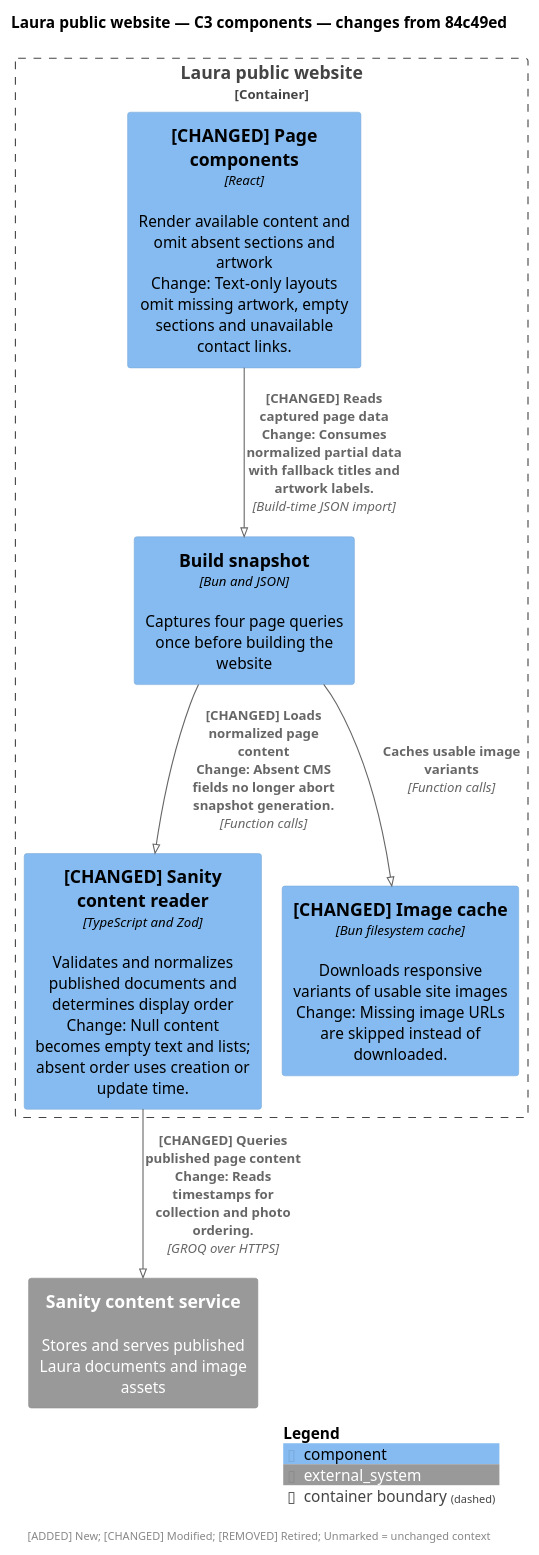
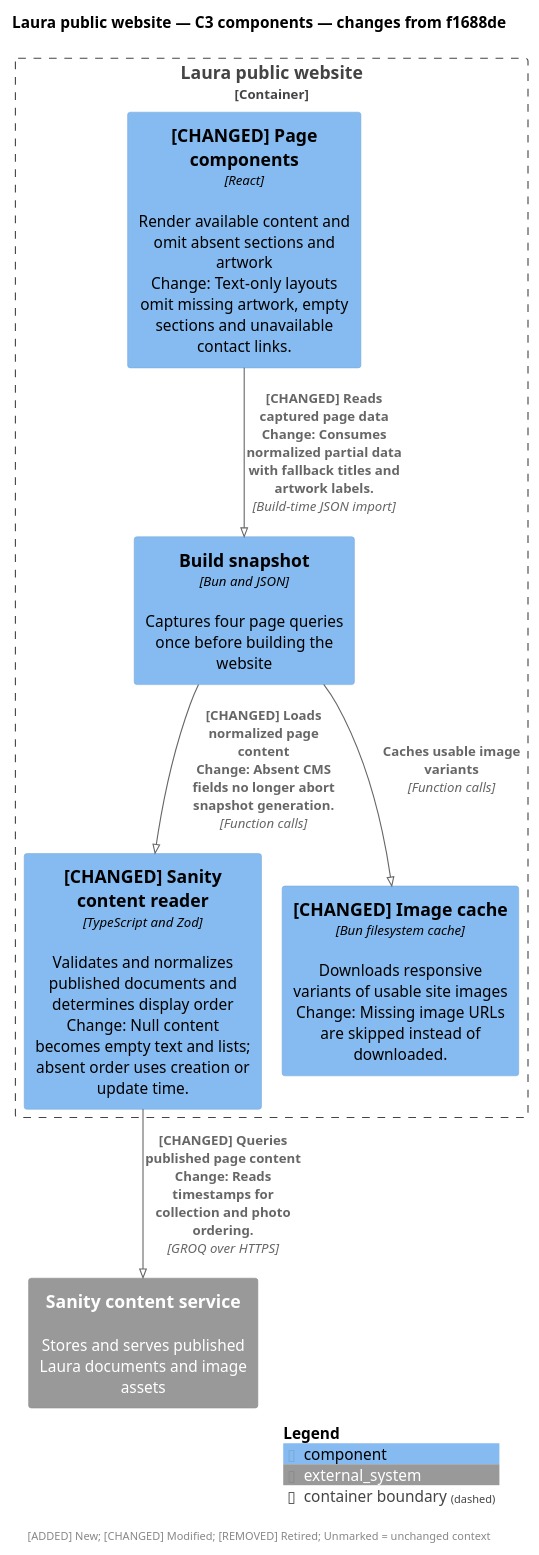
The diagram in docs/handoffs/laura-optional-sanity-content/assets/c3-components.puml (szabototo89/woodbrook-residents), drawn with PlantUML before and after one commit. The commit also changed 11 other files, not shown here.

```diff
--- a/docs/handoffs/laura-optional-sanity-content/assets/c3-components.puml
+++ b/docs/handoffs/laura-optional-sanity-content/assets/c3-components.puml
@@ -2,24 +2,24 @@
 @startuml
 !pragma layout smetana
 !include <C4/C4_Component>
 LAYOUT_TOP_DOWN()
 skinparam defaultFontName SansSerif
 skinparam nodesep 45
 skinparam ranksep 45
-title Laura public website — C3 components — changes from 84c49ed
+title Laura public website — C3 components — changes from f1688de
 
 System_Ext(laura_sanity, "Sanity content service", "Stores and serves published Laura documents and image assets")
 Container_Boundary(laura_web, "Laura public website") {
   Component(laura_snapshot, "Build snapshot", "Bun and JSON", "Captures four page queries once before building the website")
   Component(laura_reader, "[CHANGED] Sanity content reader", "TypeScript and Zod", "Validates and normalizes published documents and determines display order\nChange: Null content becomes empty text and lists; absent order uses creation or update time.")
   Component(laura_images, "[CHANGED] Image cache", "Bun filesystem cache", "Downloads responsive variants of usable site images\nChange: Missing image URLs are skipped instead of downloaded.")
   Component(laura_pages, "[CHANGED] Page components", "React", "Render available content and omit absent sections and artwork\nChange: Text-only layouts omit missing artwork, empty sections and unavailable contact links.")
 }
 
 Rel(laura_snapshot, laura_reader, "[CHANGED] Loads normalized page content\nChange: Absent CMS fields no longer abort snapshot generation.", "Function calls")
 Rel(laura_reader, laura_sanity, "[CHANGED] Queries published page content\nChange: Reads timestamps for collection and photo ordering.", "GROQ over HTTPS")
 Rel(laura_snapshot, laura_images, "Caches usable image variants", "Function calls")
 Rel(laura_pages, laura_snapshot, "[CHANGED] Reads captured page data\nChange: Consumes normalized partial data with fallback titles and artwork labels.", "Build-time JSON import")
 SHOW_LEGEND()
 footer [ADDED] New; [CHANGED] Modified; [REMOVED] Retired; Unmarked = unchanged context
 @enduml
```
